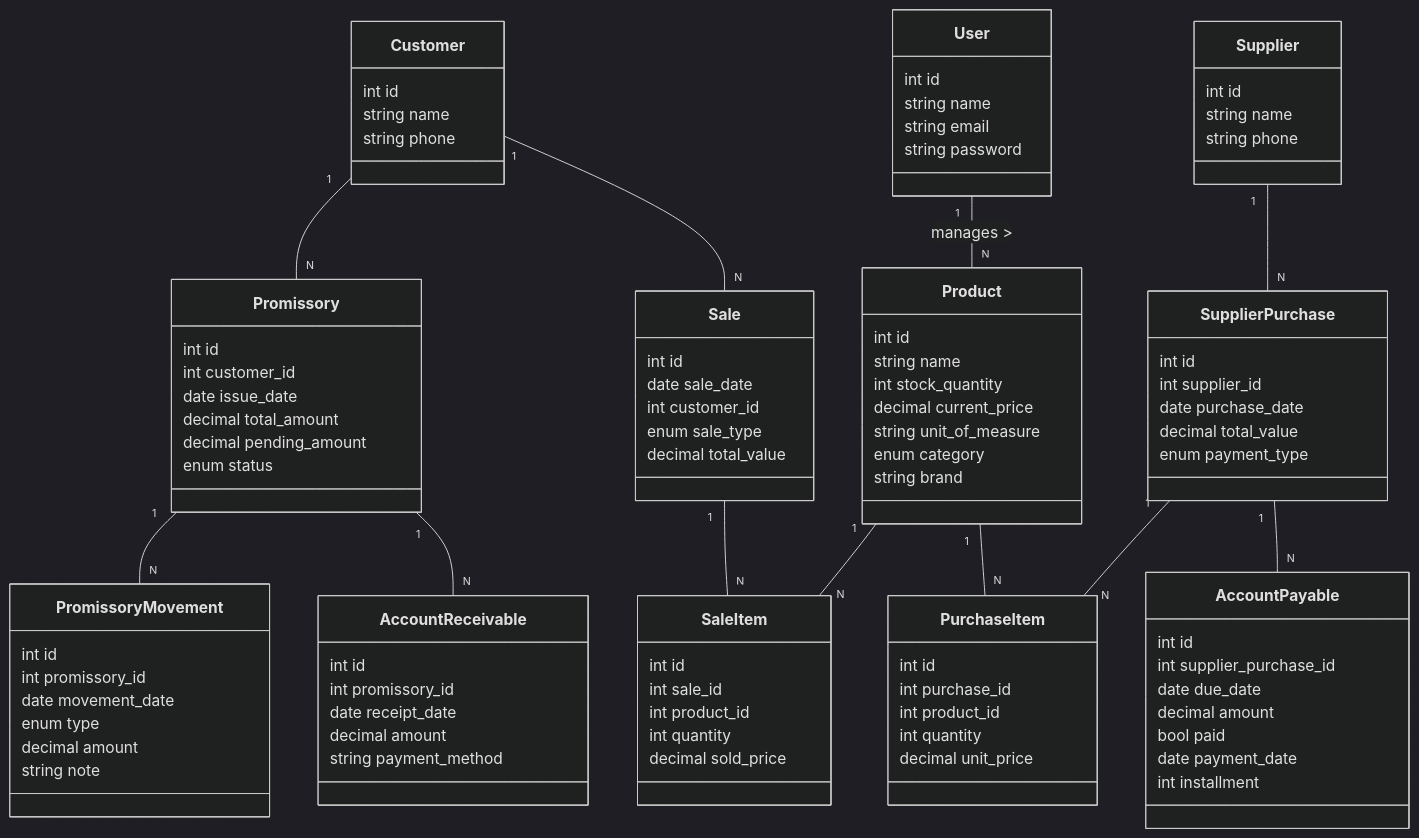
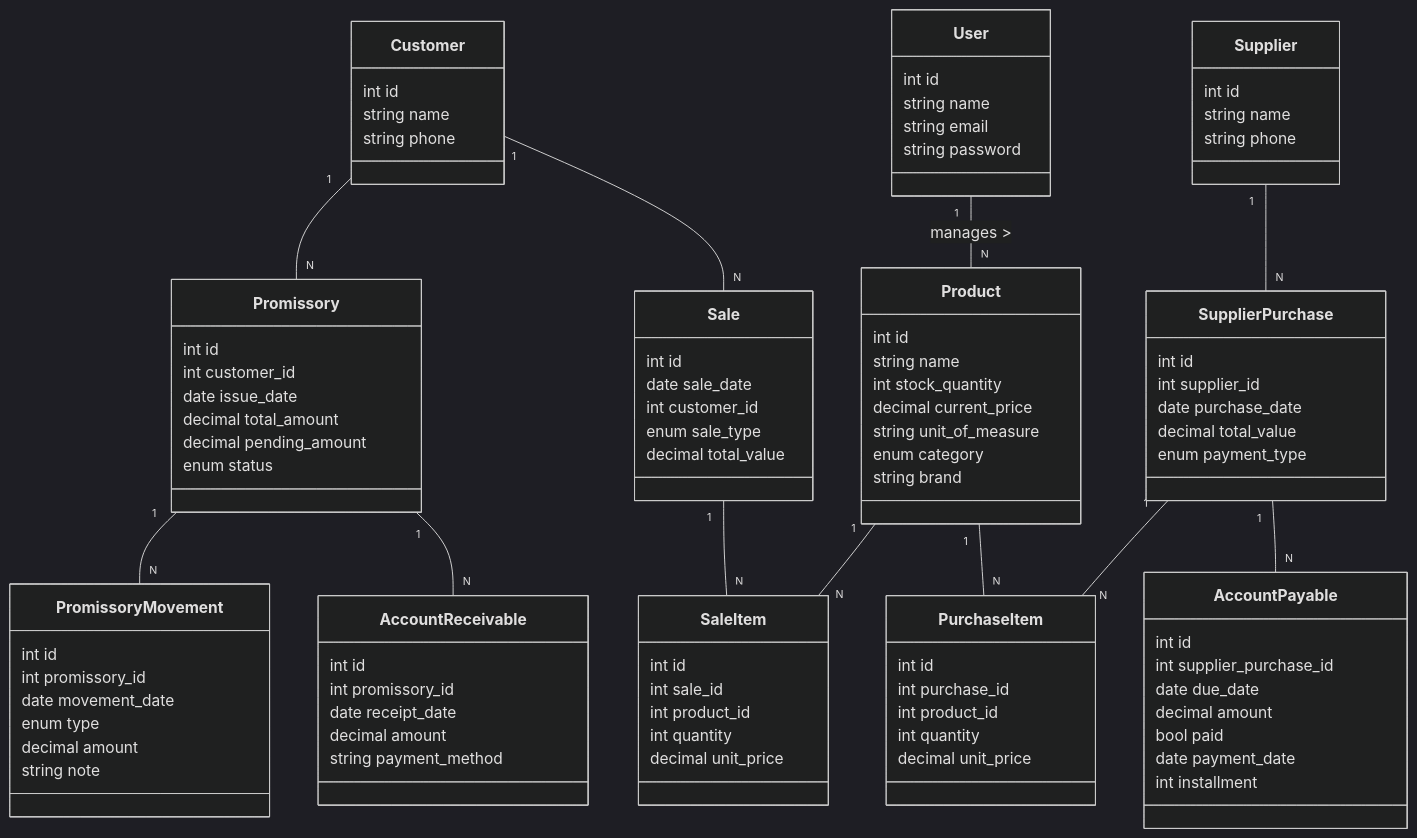
Before and after one commit to quirinof/rstore: the diagram in docs/models.md, drawn with Mermaid (dark theme). The commit also changed 3 other files, not shown here.

```diff
--- a/docs/models.md
+++ b/docs/models.md
@@ -47,7 +47,7 @@
   int sale_id
   int product_id
   int quantity
-  decimal sold_price
+  decimal unit_price
 }
 
 class Promissory {
```
